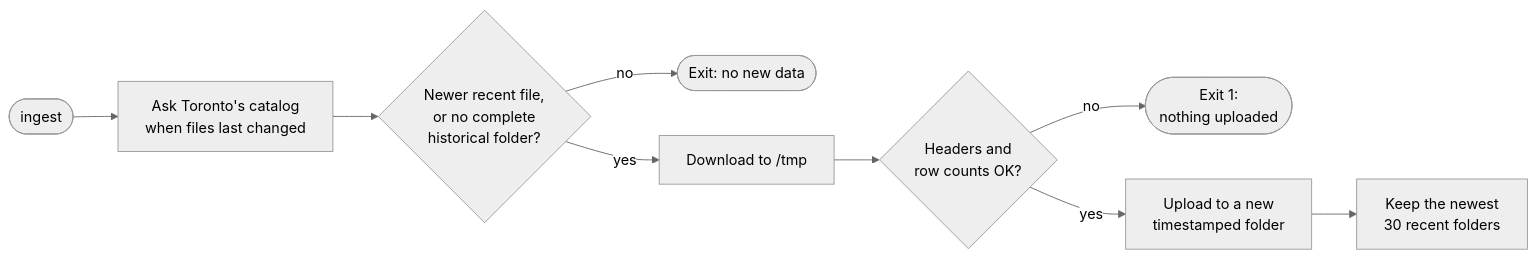
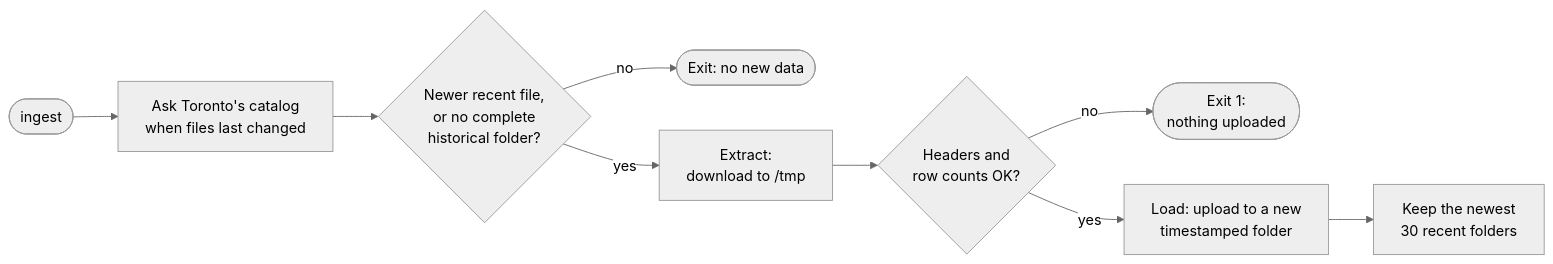
One commit to im-kenough/DineSafeViz changed the first of 3 diagrams in docs-new/ref/3-1-data-architecture.md. Above: the diagram before and after it, drawn with Mermaid (neutral theme). The commit also changed other lines of this file and 9 other files, not shown here.

First line of the commit message:
docs: update data architecture docs (#268)

````diff
--- a/docs-new/ref/3-1-data-architecture.md
+++ b/docs-new/ref/3-1-data-architecture.md
@@ -64,11 +76,11 @@
 ```mermaid
 flowchart LR
     start(["ingest"]) --> ask["Ask Toronto's catalog<br/>when files last changed"]
     ask --> newer{"Newer recent file,<br/>or no complete<br/>historical folder?"}
     newer -- no --> done(["Exit: no new data"])
-    newer -- yes --> dl["Download to /tmp"]
+    newer -- yes --> dl["Extract:<br/>download to /tmp"]
     dl --> val{"Headers and<br/>row counts OK?"}
     val -- no --> fail(["Exit 1:<br/>nothing uploaded"])
-    val -- yes --> up["Upload to a new<br/>timestamped folder"]
+    val -- yes --> up["Load: upload to a new<br/>timestamped folder"]
     up --> prune["Keep the newest<br/>30 recent folders"]
 ```
````
